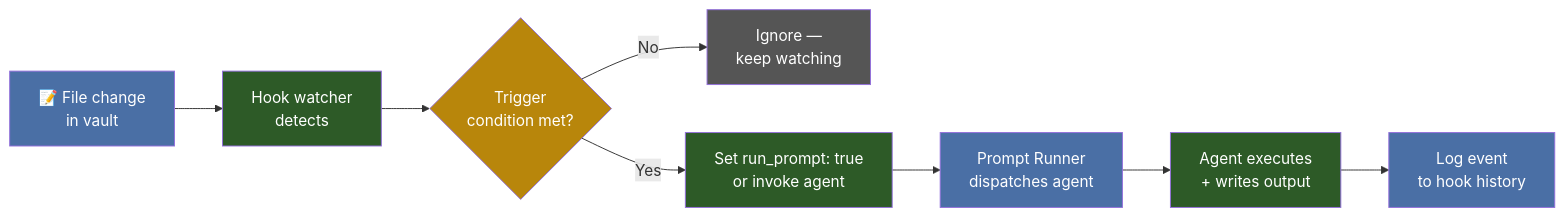
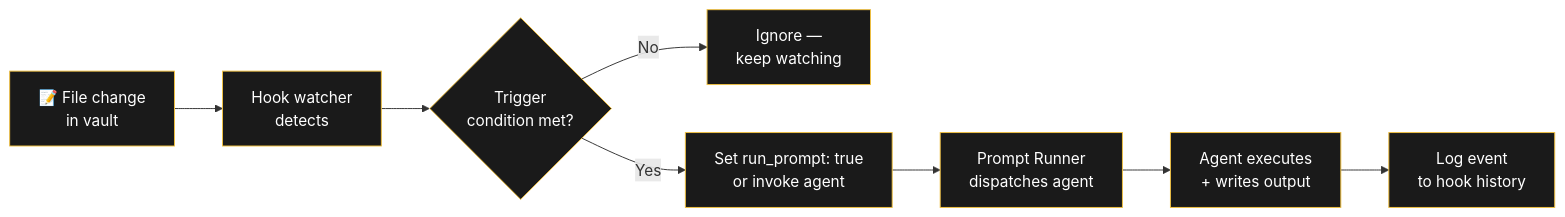
One commit to raulmina1/quartz-garden changed the first of 3 diagrams in content/Projekte/Hook Shop.md. Above: the diagram before and after it, drawn with Mermaid. The commit also changed other lines of this file and 13 other files, not shown here.

Commit message:
all 10 improvements: dark flowcharts, Plausible analytics, favicon, CNAME for domain, OG images already active

````diff
--- a/content/Projekte/Hook Shop.md
+++ b/content/Projekte/Hook Shop.md
@@ -39,19 +39,19 @@
 ```mermaid
 flowchart LR
     A[📝 File change<br/>in vault] --> B[Hook watcher<br/>detects]
     B --> C{Trigger<br/>condition met?}
     C -->|No| D[Ignore —<br/>keep watching]
     C -->|Yes| E[Set run_prompt: true<br/>or invoke agent]
     E --> F[Prompt Runner<br/>dispatches agent]
     F --> G[Agent executes<br/>+ writes output]
     G --> H[Log event<br/>to hook history]
     
-    style A fill:#4a6fa5,color:#fff
-    style B fill:#2d5a27,color:#fff
-    style C fill:#b8860b,color:#fff
-    style D fill:#555,color:#fff
-    style E fill:#2d5a27,color:#fff
-    style F fill:#4a6fa5,color:#fff
-    style G fill:#2d5a27,color:#fff
-    style H fill:#4a6fa5,color:#fff
+    style A fill:#1a1a1a,stroke:#f0c040,color:#fff
+    style B fill:#1a1a1a,stroke:#f0c040,color:#fff
+    style C fill:#1a1a1a,stroke:#f0c040,color:#fff
+    style D fill:#1a1a1a,stroke:#f0c040,color:#fff
+    style E fill:#1a1a1a,stroke:#f0c040,color:#fff
+    style F fill:#1a1a1a,stroke:#f0c040,color:#fff
+    style G fill:#1a1a1a,stroke:#f0c040,color:#fff
+    style H fill:#1a1a1a,stroke:#f0c040,color:#fff
 ```
````
